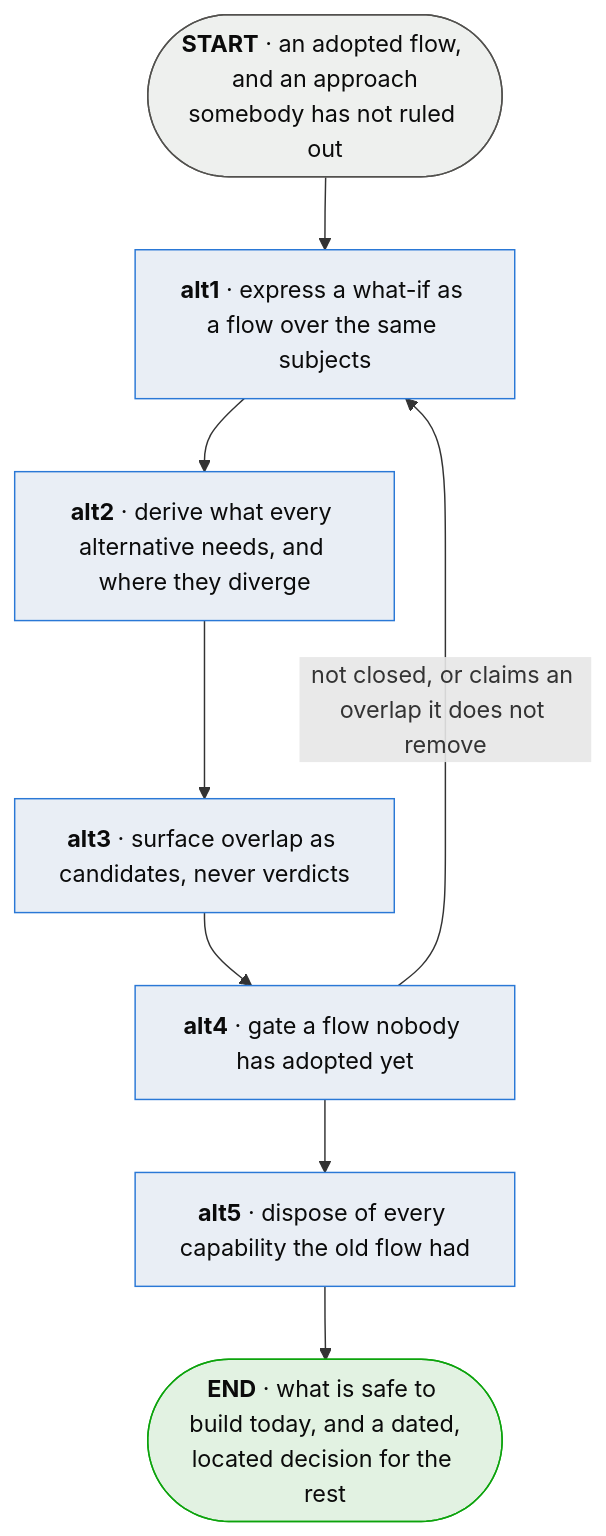
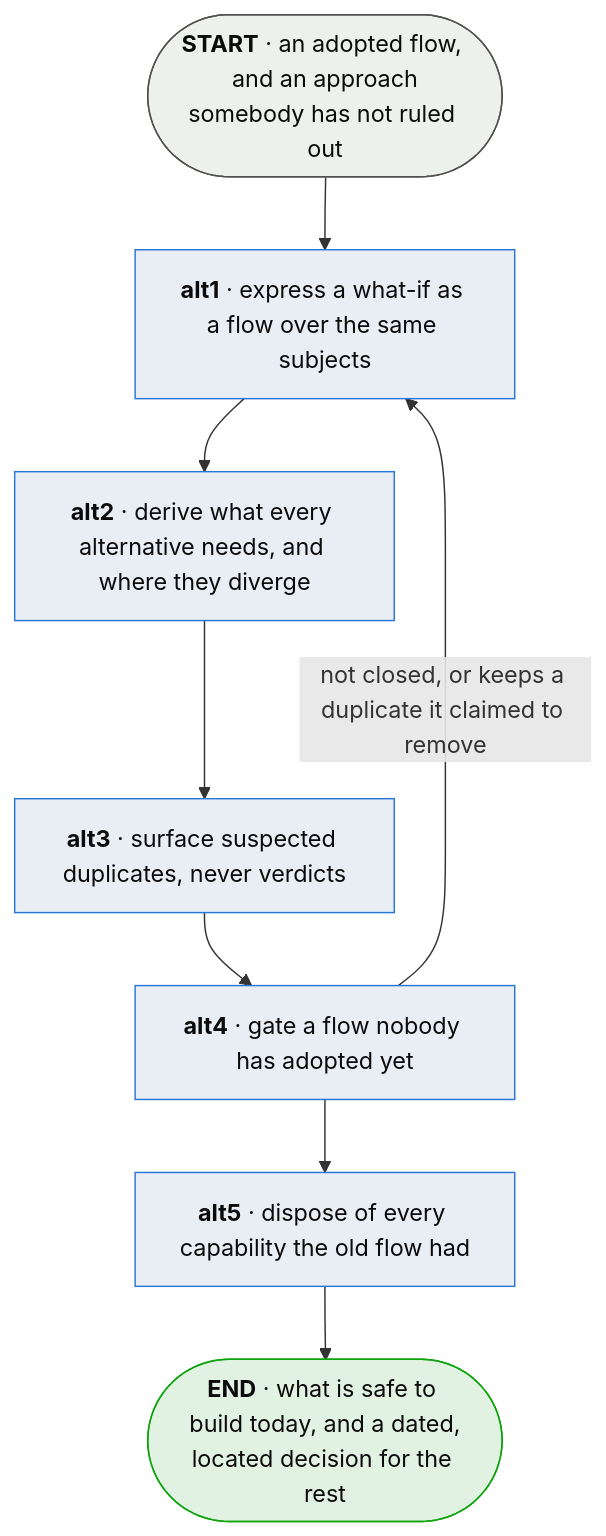
Before and after one commit to plumbspec/goldspec: the diagram in spec/diagrams/alt-weigh-an-alternative.md, drawn with Mermaid. The commit also changed other lines of this file and 8 other files, not shown here.

````diff
--- a/spec/diagrams/alt-weigh-an-alternative.md
+++ b/spec/diagrams/alt-weigh-an-alternative.md
@@ -9,19 +9,19 @@
 ```mermaid
 flowchart TD
     IN([<b>START</b> · an adopted flow, and an approach<br/>somebody has not ruled out]):::terminal
 
     VARIANT[<b>alt1</b> · express a what-if as a flow over the same subjects]:::process
     OVERLAP[<b>alt2</b> · derive what every alternative needs, and where they diverge]:::process
-    CAND[<b>alt3</b> · surface overlap as candidates, never verdicts]:::process
+    CAND[<b>alt3</b> · surface suspected duplicates, never verdicts]:::process
     GATE[<b>alt4</b> · gate a flow nobody has adopted yet]:::process
     DISPOSE[<b>alt5</b> · dispose of every capability the old flow had]:::process
 
     OUT([<b>END</b> · what is safe to build today, and a dated,<br/>located decision for the rest]):::good
 
     IN --> VARIANT --> OVERLAP --> CAND --> GATE --> DISPOSE --> OUT
-    GATE -->|not closed, or claims an overlap it does not remove| VARIANT
+    GATE -->|not closed, or keeps a duplicate it claimed to remove| VARIANT
 
     classDef terminal fill:#eef0ee,stroke:#52514e,color:#0b0b0b;
     classDef process fill:#e9eef5,stroke:#2a78d6,color:#0b0b0b;
     classDef good fill:#e2f2e2,stroke:#0ca30c,color:#0b0b0b;
 ```
````
